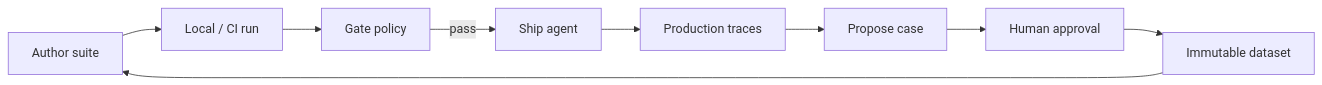
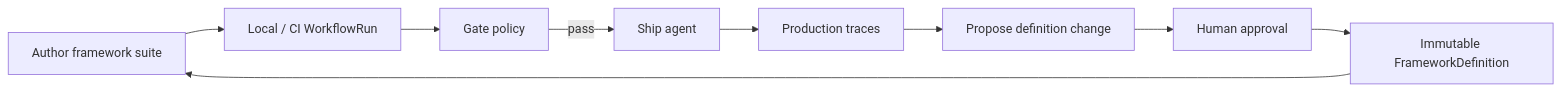
Before and after one commit to softprobe/document-website: the diagram in en/evaluation/concepts/evaluation-loop.md, drawn with Mermaid. The commit also changed other lines of this file and 57 other files, not shown here.

````diff
--- a/en/evaluation/concepts/evaluation-loop.md
+++ b/en/evaluation/concepts/evaluation-loop.md
@@ -9,16 +9,16 @@
 ```mermaid
 flowchart LR
-  Author[Author suite]
-  Local[Local / CI run]
+  Author[Author framework suite]
+  Local[Local / CI WorkflowRun]
   Gate[Gate policy]
   Ship[Ship agent]
   Prod[Production traces]
-  Propose[Propose case]
+  Propose[Propose definition change]
   Approve[Human approval]
-  Dataset[Immutable dataset]
+  Pack[Immutable FrameworkDefinition]
   Author --> Local --> Gate
   Gate -->|pass| Ship
   Ship --> Prod
-  Prod --> Propose --> Approve --> Dataset
-  Dataset --> Author
+  Prod --> Propose --> Approve --> Pack
+  Pack --> Author
 ```
````
